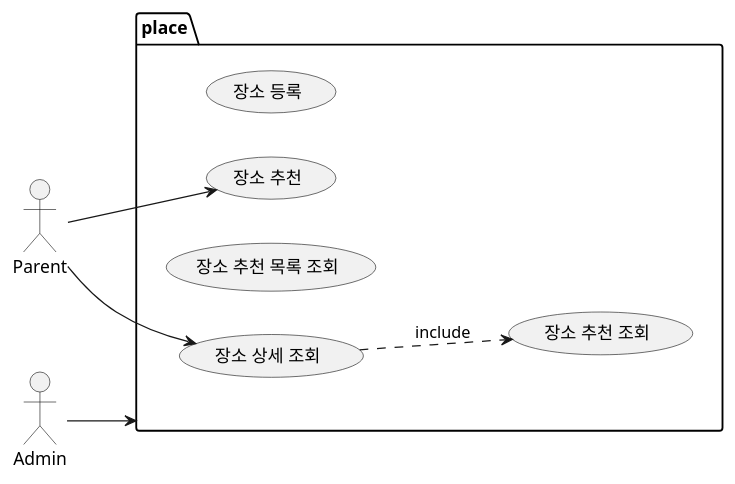
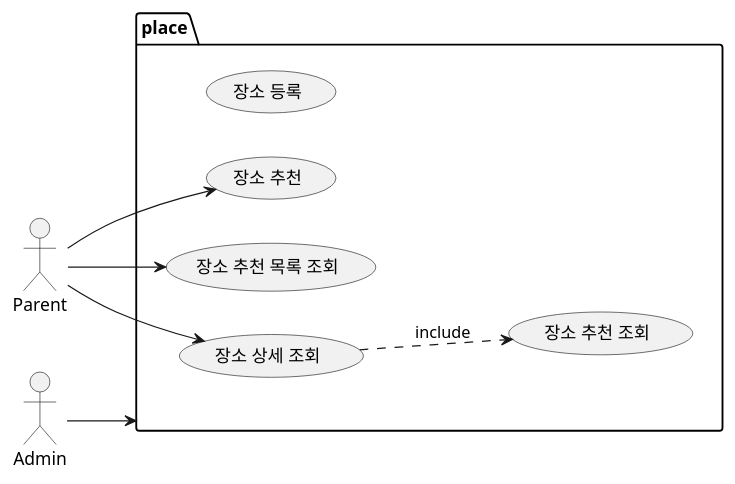
The diagram in design/place usecase.puml (bebe-friends/bebe-friends-api), drawn with PlantUML before and after one commit. The commit also changed 7 other files, not shown here.

```diff
--- a/design/place usecase.puml
+++ b/design/place usecase.puml
@@ -1,17 +1,18 @@
 @startuml
 'https://plantuml.com/use-case-diagram
 left to right direction
 actor Parent
 actor Admin
 package place {
   usecase (장소 등록) as createPlace
   usecase (장소 추천) as recommendPlace
   Parent --> recommendPlace
   usecase (장소 추천 조회) as findRecommends
   usecase (장소 추천 목록 조회) as findRecommendsList
   usecase (장소 상세 조회) as getPlace
   Parent --> getPlace
+  Parent --> findRecommendsList
   getPlace ..> findRecommends: include
 }
 Admin --> place
 @enduml
```
